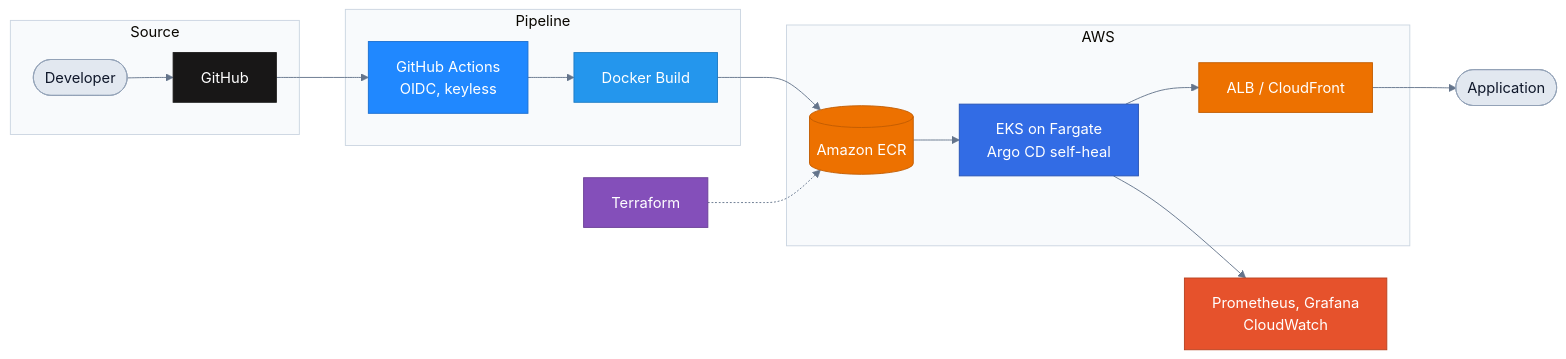
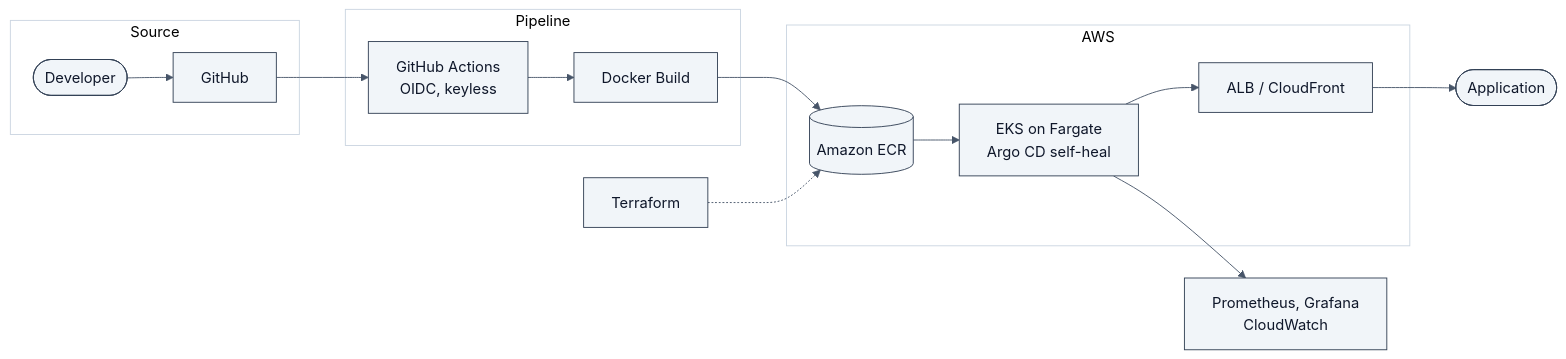
One commit to Rohit-1920/Rohit-1920 changed the first of 7 diagrams in README.md. Above: the diagram before and after it, drawn with Mermaid. The commit also changed other lines of this file, not shown here.

````diff
--- a/README.md
+++ b/README.md
@@ -124,36 +147,19 @@
 ```mermaid
-%%{init: {'theme':'base','themeVariables':{'fontFamily':'Inter, ui-sans-serif, system-ui, sans-serif','lineColor':'#64748B','primaryTextColor':'#0F172A','clusterBkg':'#F8FAFC','clusterBorder':'#CBD5E1'}}}%%
+%%{init: {'theme':'base','themeVariables':{'fontFamily':'Inter, ui-sans-serif, system-ui, sans-serif','primaryColor':'#F1F5F9','primaryBorderColor':'#334155','primaryTextColor':'#0F172A','lineColor':'#475569','clusterBkg':'#FFFFFF','clusterBorder':'#CBD5E1'}}}%%
 flowchart LR
   subgraph SRC["Source"]
     DEV(["Developer"]) --> GH["GitHub"]
   end
   subgraph PIPE["Pipeline"]
     GA["GitHub Actions<br/>OIDC, keyless"] --> BLD["Docker Build"]
   end
   subgraph AWS["AWS"]
     ECR[("Amazon ECR")] --> EKS["EKS on Fargate<br/>Argo CD self-heal"]
     EKS --> EDGE["ALB / CloudFront"]
   end
   GH --> GA
   BLD --> ECR
   EDGE --> APP(["Application"])
   EKS --> OBS["Prometheus, Grafana<br/>CloudWatch"]
   TF["Terraform"] -.-> ECR
-
-  classDef git fill:#181717,stroke:#181717,color:#FFFFFF
-  classDef ci fill:#2088FF,stroke:#1B6FD1,color:#FFFFFF
-  classDef docker fill:#2496ED,stroke:#1D7BC4,color:#FFFFFF
-  classDef aws fill:#ED7100,stroke:#C25C00,color:#FFFFFF
-  classDef k8s fill:#326CE5,stroke:#2653B3,color:#FFFFFF
-  classDef obs fill:#E6522C,stroke:#B8411F,color:#FFFFFF
-  classDef iac fill:#844FBA,stroke:#6A3F96,color:#FFFFFF
-  classDef neutral fill:#E2E8F0,stroke:#94A3B8,color:#0F172A
-  class DEV,APP neutral
-  class GH git
-  class GA ci
-  class BLD docker
-  class ECR,EDGE aws
-  class EKS k8s
-  class OBS obs
-  class TF iac
 ```
````
